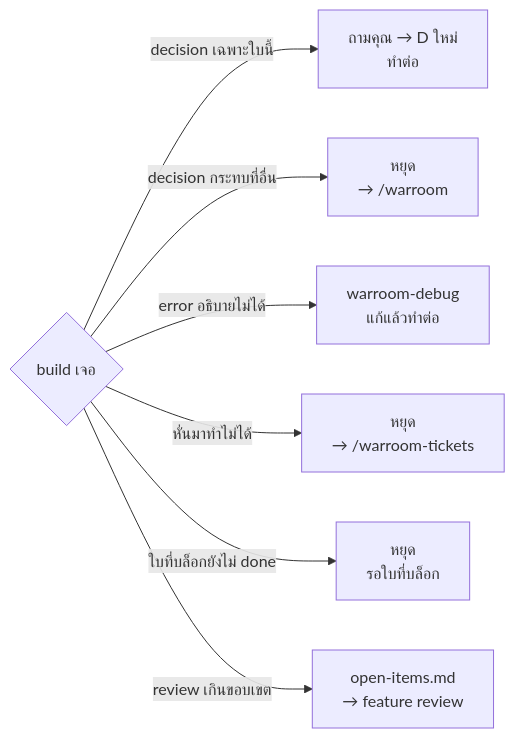
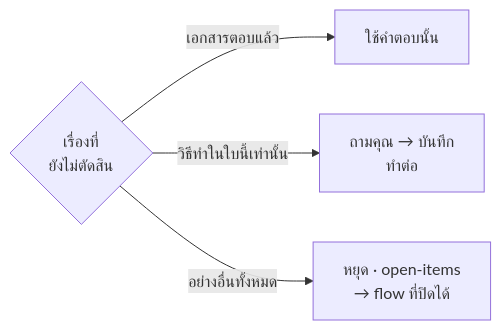
Before and after one commit to mousemouse094526/kiki-kit: the sixth of 8 diagrams in docs/flow.th.md, drawn with Mermaid. The commit also changed other lines of this file and 4 other files, not shown here.

First line of the commit message:
docs(flow): rewrite for the single upstream gate; trim build references

````diff
--- a/docs/flow.th.md
+++ b/docs/flow.th.md
@@ -208,17 +161,11 @@
 ```mermaid
 flowchart LR
-    X{"build เจอ"}
-    L["ถามคุณ → D ใหม่<br/>ทำต่อ"]
-    WD["หยุด<br/>→ /warroom"]
-    DB["warroom-debug<br/>แก้แล้วทำต่อ"]
-    RC["หยุด<br/>→ /warroom-tickets"]
-    BL["หยุด<br/>รอใบที่บล็อก"]
-    OI["open-items.md<br/>→ feature review"]
+    X{"เรื่องที่<br/>ยังไม่ตัดสิน"}
+    U["ใช้คำตอบนั้น"]
+    A["ถามคุณ → บันทึก<br/>ทำต่อ"]
+    S["หยุด · open-items<br/>→ flow ที่ปิดได้"]
 
-    X -->|decision เฉพาะใบนี้| L
-    X -->|decision กระทบที่อื่น| WD
-    X -->|error อธิบายไม่ได้| DB
-    X -->|หั่นมาทำไม่ได้| RC
-    X -->|ใบที่บล็อกยังไม่ done| BL
-    X -->|review เกินขอบเขต| OI
+    X -->|เอกสารตอบแล้ว| U
+    X -->|วิธีทำในใบนี้เท่านั้น| A
+    X -->|อย่างอื่นทั้งหมด| S
 ```
````
